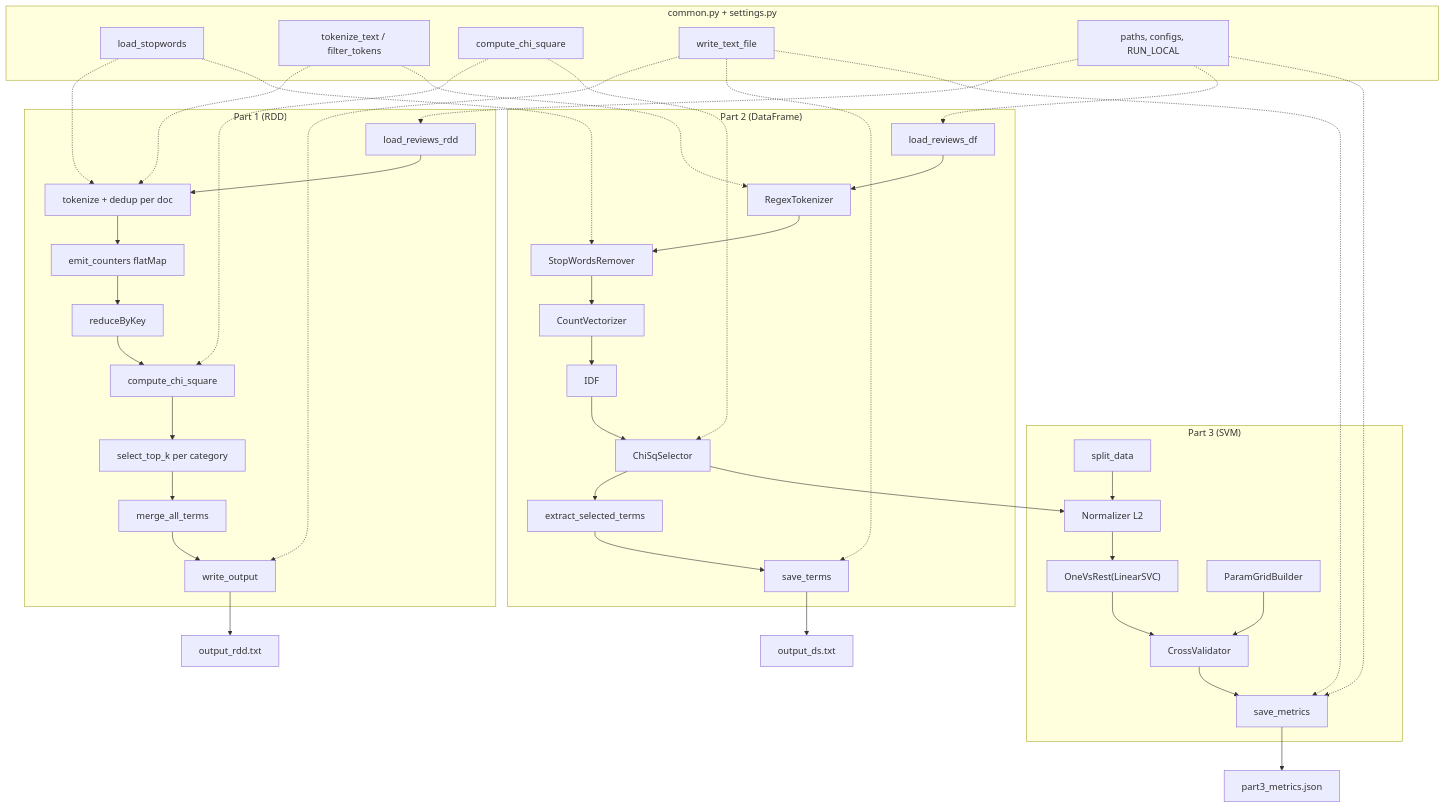
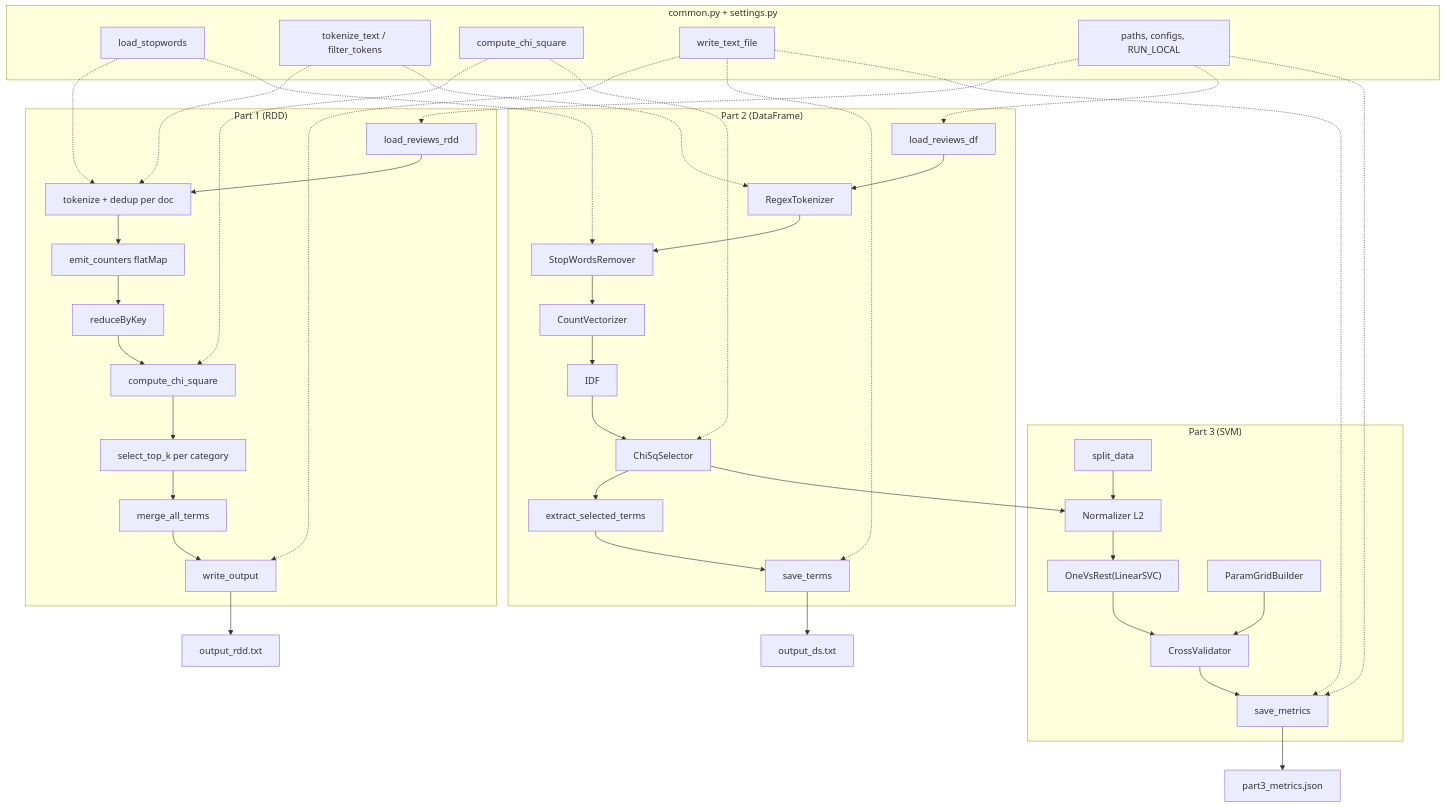
Before and after one commit to eetomilin-ops/Data-intensive-Computing-2026: the diagram in Task2/presentation/presentation.md, drawn with Mermaid. The commit also changed other lines of this file and 2 other files, not shown here.

````diff
--- a/Task2/presentation/presentation.md
+++ b/Task2/presentation/presentation.md
@@ -121,65 +121,56 @@
 ```mermaid
-%%{init: {
-  "themeVariables": {
-    "diagramMarginY": 0
-  },
-  "flowchart": {
-    "diagramPadding": 0
-  }
-}}%%
-
 flowchart TD
     subgraph shared["common.py + settings.py"]
         SW["load_stopwords"]
         TOK["tokenize_text / filter_tokens"]
         CHI2["compute_chi_square"]
         WRITE["write_text_file"]
         CONF["paths, configs, RUN_LOCAL"]
     end
 
     subgraph P1["Part 1 (RDD)"]
         P1L["load_reviews_rdd"] --> P1T["tokenize + dedup per doc"]
         P1T --> CNT["emit_counters flatMap"]
         CNT --> RED["reduceByKey"]
         RED --> SCORE["compute_chi_square"]
         SCORE --> TOPK["select_top_k per category"]
         TOPK --> MERGE["merge_all_terms"]
         MERGE --> P1OUT["write_output"]
     end
 
     subgraph P2["Part 2 (DataFrame)"]
         P2L["load_reviews_df"] --> REGEX["RegexTokenizer"]
         REGEX --> SWREM["StopWordsRemover"]
         SWREM --> CV["CountVectorizer"]
         CV --> IDF["IDF"]
         IDF --> CHISEL["ChiSqSelector"]
         CHISEL --> EXT["extract_selected_terms"]
         EXT --> P2OUT["save_terms"]
     end
 
     subgraph P3["Part 3 (SVM)"]
         CHISEL --> NORM["Normalizer L2"]
         SPLIT["split_data"] --> NORM
         NORM --> SVM["OneVsRest(LinearSVC)"]
         GRID["ParamGridBuilder"] --> CVAL["CrossValidator"]
         SVM --> CVAL
         CVAL --> P3OUT["save_metrics"]
     end
 
     SW -.-> P1T
     SW -.-> SWREM
     TOK -.-> P1T
     TOK -.-> REGEX
     CHI2 -.-> SCORE
     CHI2 -.-> CHISEL
     WRITE -.-> P1OUT
     WRITE -.-> P2OUT
     WRITE -.-> P3OUT
     CONF -.-> P1L
     CONF -.-> P2L
     CONF -.-> P3OUT
 
     P1OUT --> output1["output_rdd.txt"]
     P2OUT --> output2["output_ds.txt"]
     P3OUT --> output3["part3_metrics.json"]
 ```
````
